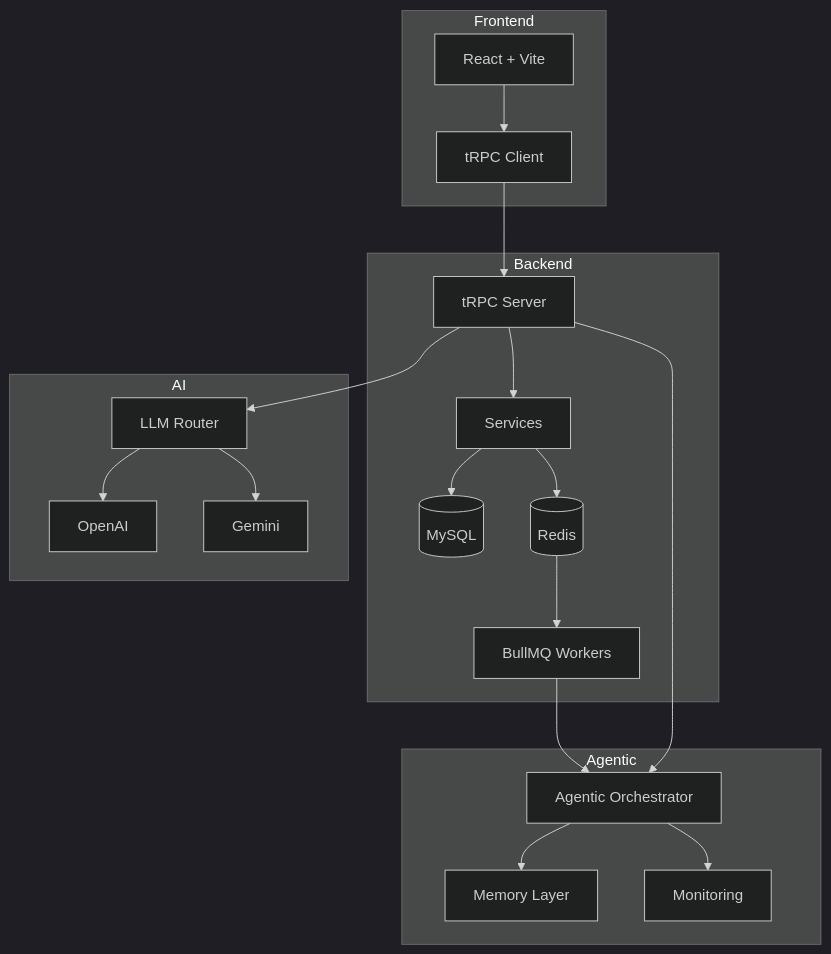
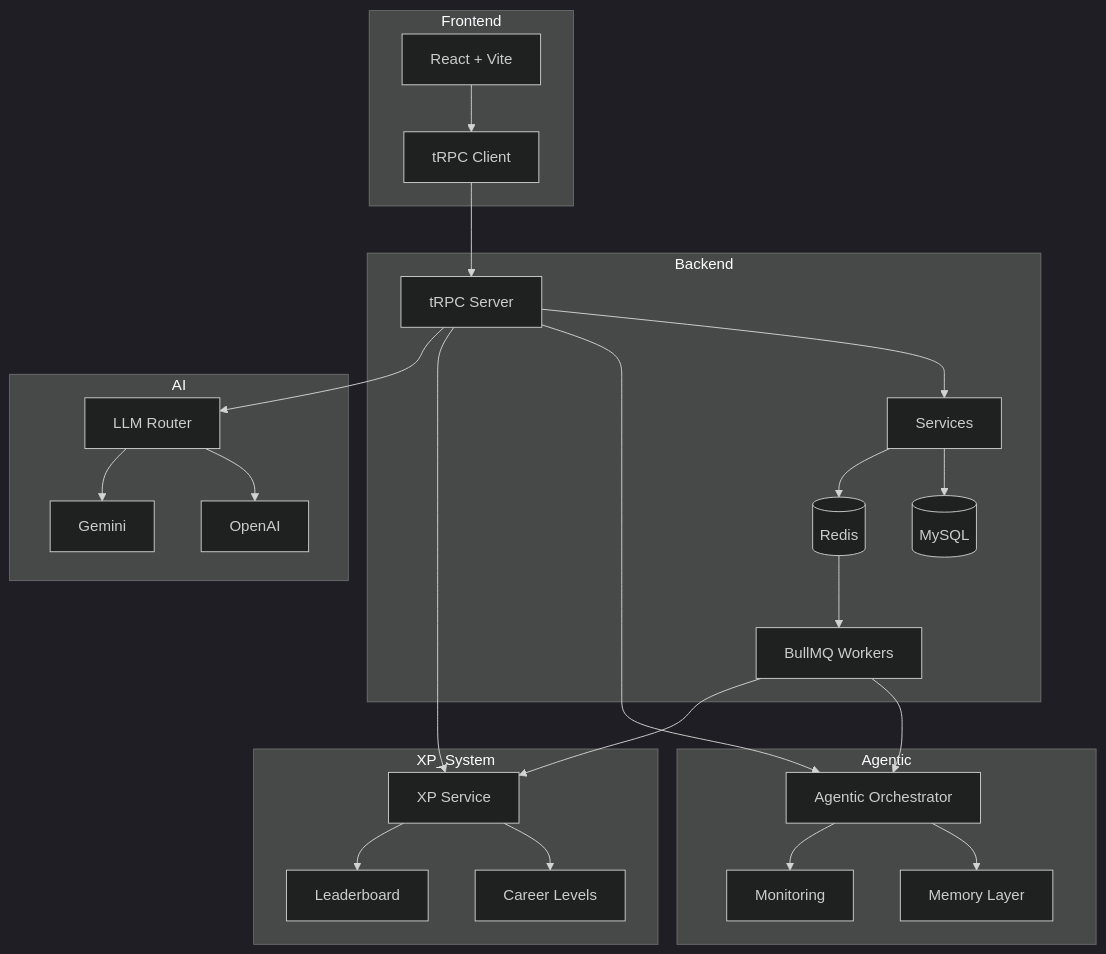
One commit to Nexus-HUB57/MMN_AI-to-AI changed the diagram in README.md. Above: the diagram before and after it, drawn with Mermaid (dark theme). The commit also changed other lines of this file, not shown here.

````diff
--- a/README.md
+++ b/README.md
@@ -233,31 +248,41 @@
 ```mermaid
 graph TB
     subgraph Frontend
         A[React + Vite] --> B[tRPC Client]
     end
 
     subgraph Backend
         B --> C[tRPC Server]
         C --> D[Services]
         D --> E[(MySQL)]
         D --> F[(Redis)]
         F --> G[BullMQ Workers]
     end
 
     subgraph Agentic
         H[Agentic Orchestrator]
         I[Memory Layer]
         J[Monitoring]
         H --> I
         H --> J
     end
 
+    subgraph XP_System
+        K[XP Service]
+        L[Career Levels]
+        M[Leaderboard]
+        K --> L
+        K --> M
+    end
+
     subgraph AI
-        K[LLM Router] --> L[OpenAI]
-        K --> M[Gemini]
+        N[LLM Router] --> O[OpenAI]
+        N --> P[Gemini]
     end
 
     C --> H
+    C --> K
     G --> H
-    C --> K
+    G --> K
+    C --> N
 ```
````
